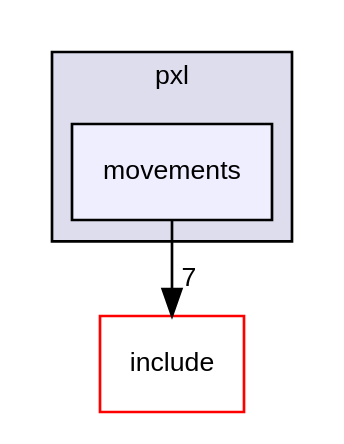
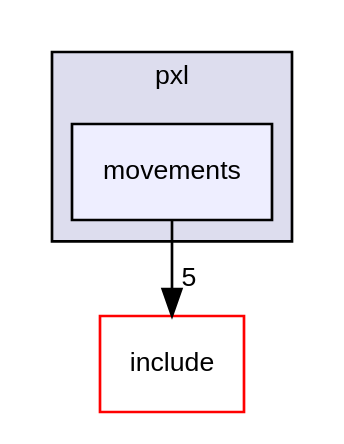
The diagram in dir_da6b542a4b13fc055b1c444658d69961_dep.dot (Pixel-Lib/Pixel), drawn with Graphviz before and after one commit. The commit also changed 132 other files, not shown here.

```diff
--- a/dir_da6b542a4b13fc055b1c444658d69961_dep.dot
+++ b/dir_da6b542a4b13fc055b1c444658d69961_dep.dot
@@ -1,11 +1,11 @@
 digraph "src/pxl/movements" {
   compound=true
   node [ fontsize="10", fontname="Helvetica"];
   edge [ labelfontsize="10", labelfontname="Helvetica"];
   subgraph clusterdir_87a857eff530ad659c1a04633acb58d5 {
     graph [ bgcolor="#ddddee", pencolor="black", label="pxl" fontname="Helvetica", fontsize="10", URL="dir_87a857eff530ad659c1a04633acb58d5.html"]
   dir_da6b542a4b13fc055b1c444658d69961 [shape=box, label="movements", style="filled", fillcolor="#eeeeff", pencolor="black", URL="dir_da6b542a4b13fc055b1c444658d69961.html"];
   }
   dir_d44c64559bbebec7f509842c48db8b23 [shape=box label="include" fillcolor="white" style="filled" color="red" URL="dir_d44c64559bbebec7f509842c48db8b23.html"];
-  dir_da6b542a4b13fc055b1c444658d69961->dir_d44c64559bbebec7f509842c48db8b23 [headlabel="7", labeldistance=1.5 headhref="dir_000007_000000.html"];
+  dir_da6b542a4b13fc055b1c444658d69961->dir_d44c64559bbebec7f509842c48db8b23 [headlabel="5", labeldistance=1.5 headhref="dir_000007_000000.html"];
 }
```
